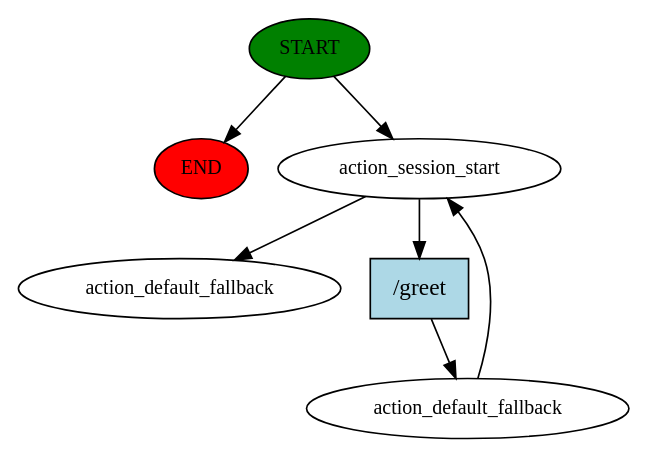
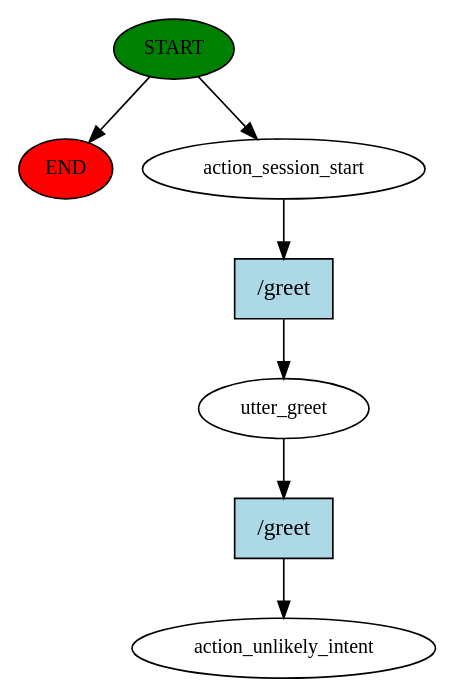
One commit to mjc136/4thYearProject changed the diagram in RasaBot/story_graph.dot. Above: the diagram before and after it, drawn with Graphviz. The commit also changed 10 other files, not shown here.

```diff
--- a/RasaBot/story_graph.dot
+++ b/RasaBot/story_graph.dot
@@ -1,14 +1,15 @@
 digraph  {
 0 [class="start active", fillcolor=green, fontsize=12, label=START, style=filled];
 "-1" [class=end, fillcolor=red, fontsize=12, label=END, style=filled];
 1 [class=active, fontsize=12, label=action_session_start];
-2 [class=active, fontsize=12, label=action_default_fallback];
-4 [class="dashed active", fontsize=12, label=action_default_fallback];
+2 [class=active, fontsize=12, label=utter_greet];
+3 [class="dashed active", fontsize=12, label=action_unlikely_intent];
+4 [class="intent active", fillcolor=lightblue, label="/greet", shape=rect, style=filled];
 5 [class="intent active", fillcolor=lightblue, label="/greet", shape=rect, style=filled];
 0 -> "-1"  [class="", key=NONE, label=""];
 0 -> 1  [class=active, key=NONE, label=""];
-1 -> 4  [class=active, key=NONE, label=""];
-1 -> 5  [class=active, key=0];
-2 -> 1  [class=active, key=NONE, label=""];
-5 -> 2  [class=active, key=0];
+1 -> 4  [class=active, key=0];
+2 -> 5  [class=active, key=0];
+4 -> 2  [class=active, key=0];
+5 -> 3  [class=active, key=0];
 }
```
